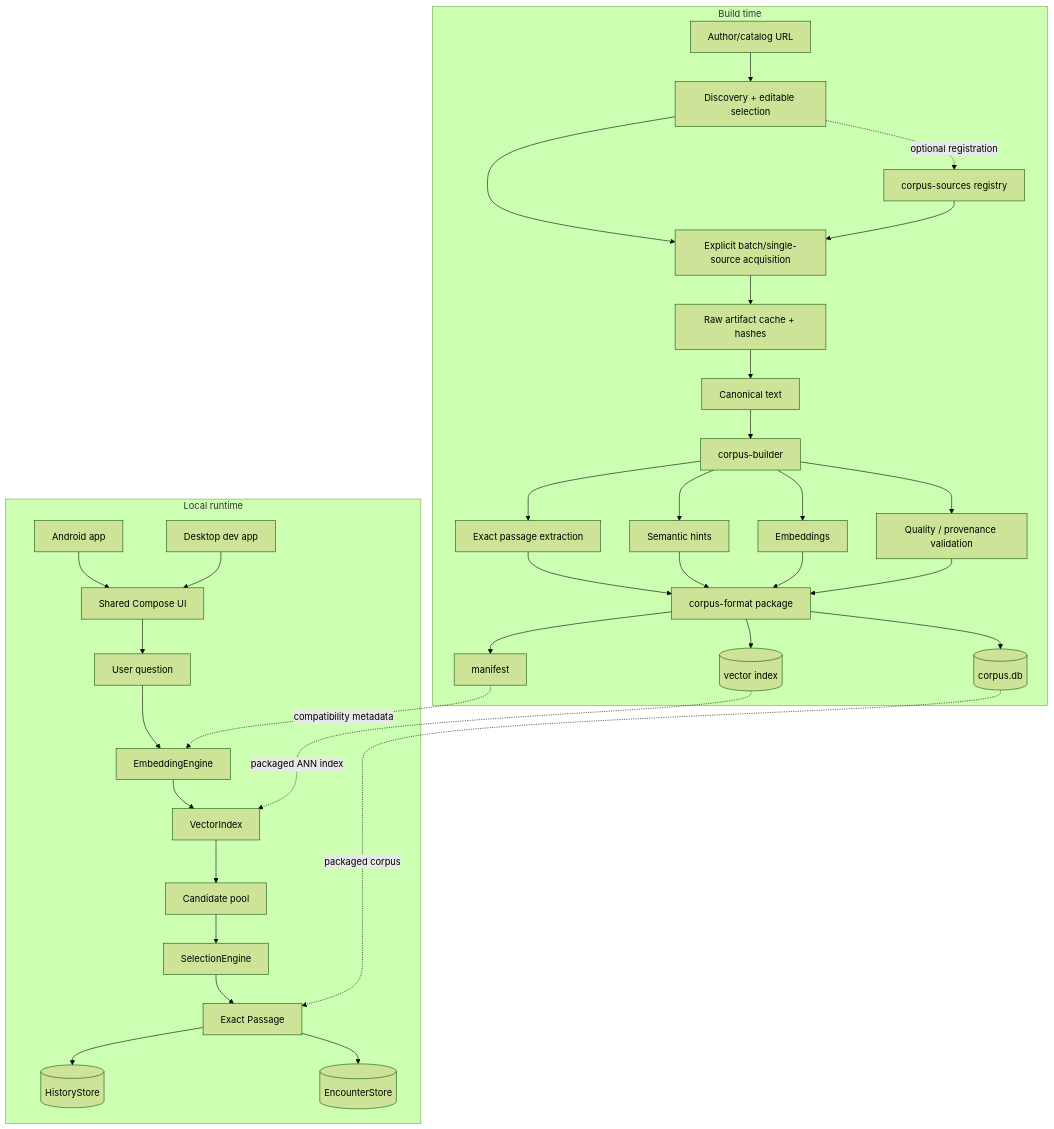
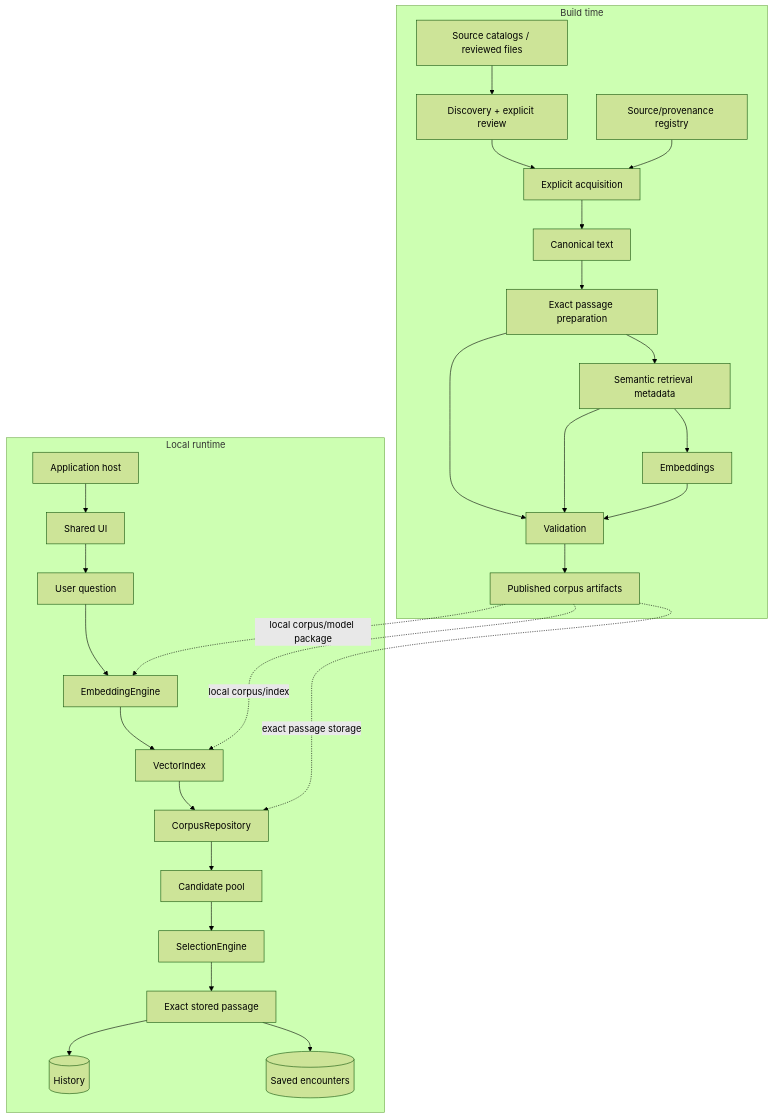
One commit to folk21/sibyl changed the first of 3 diagrams in docs/ARCHITECTURE.md. Above: the diagram before and after it, drawn with Mermaid (forest theme). The commit also changed other lines of this file and 66 other files, not shown here.

````diff
--- a/docs/ARCHITECTURE.md
+++ b/docs/ARCHITECTURE.md
@@ -9,61 +11,48 @@
 ```mermaid
 flowchart TB
     subgraph BuildTime[Build time]
-        SU[Author/catalog URL]
-        DS[Discovery + editable selection]
-        SR[corpus-sources registry]
-        FI[Explicit batch/single-source acquisition]
-        AC[Raw artifact cache + hashes]
+        SU[Source catalogs / reviewed files]
+        DS[Discovery + explicit review]
+        SR[Source/provenance registry]
+        FI[Explicit acquisition]
         CN[Canonical text]
-        CB[corpus-builder]
-        PE[Exact passage extraction]
-        SH[Semantic hints]
+        PE[Exact passage preparation]
+        SH[Semantic retrieval metadata]
         EM[Embeddings]
-        QV[Quality / provenance validation]
-        CF[corpus-format package]
-        DB[(corpus.db)]
-        VI[(vector index)]
-        MF[manifest]
+        QV[Validation]
+        PA[Published corpus artifacts]
 
-        SU --> DS --> FI
-        DS -. optional registration .-> SR
+        SU --> DS
+        DS --> FI
         SR --> FI
-        FI --> AC --> CN --> CB
-        CB --> PE
-        CB --> SH
-        CB --> EM
-        CB --> QV
-        PE --> CF
-        SH --> CF
-        EM --> CF
-        QV --> CF
-        CF --> DB
-        CF --> VI
-        CF --> MF
+        FI --> CN --> PE
+        PE --> SH --> EM
+        PE --> QV
+        SH --> QV
+        EM --> QV
+        QV --> PA
     end
 
     subgraph Runtime[Local runtime]
-        AAPP[Android app]
-        DAPP[Desktop dev app]
-        UI[Shared Compose UI]
+        HOST[Application host]
+        UI[Shared UI]
         Q[User question]
         EE[EmbeddingEngine]
         VX[VectorIndex]
+        CR[CorpusRepository]
         CP[Candidate pool]
         SE[SelectionEngine]
-        P[Exact Passage]
-        HS[(HistoryStore)]
-        ES[(EncounterStore)]
+        P[Exact stored passage]
+        HS[(History)]
+        ES[(Saved encounters)]
 
-        AAPP --> UI
-        DAPP --> UI
-        UI --> Q
-        Q --> EE --> VX --> CP --> SE --> P
+        HOST --> UI --> Q
+        Q --> EE --> VX --> CR --> CP --> SE --> P
         P --> HS
         P --> ES
     end
 
-    DB -. packaged corpus .-> P
-    VI -. packaged ANN index .-> VX
-    MF -. compatibility metadata .-> EE
+    PA -. local corpus/model package .-> EE
+    PA -. local corpus/index .-> VX
+    PA -. exact passage storage .-> CR
 ```
````
